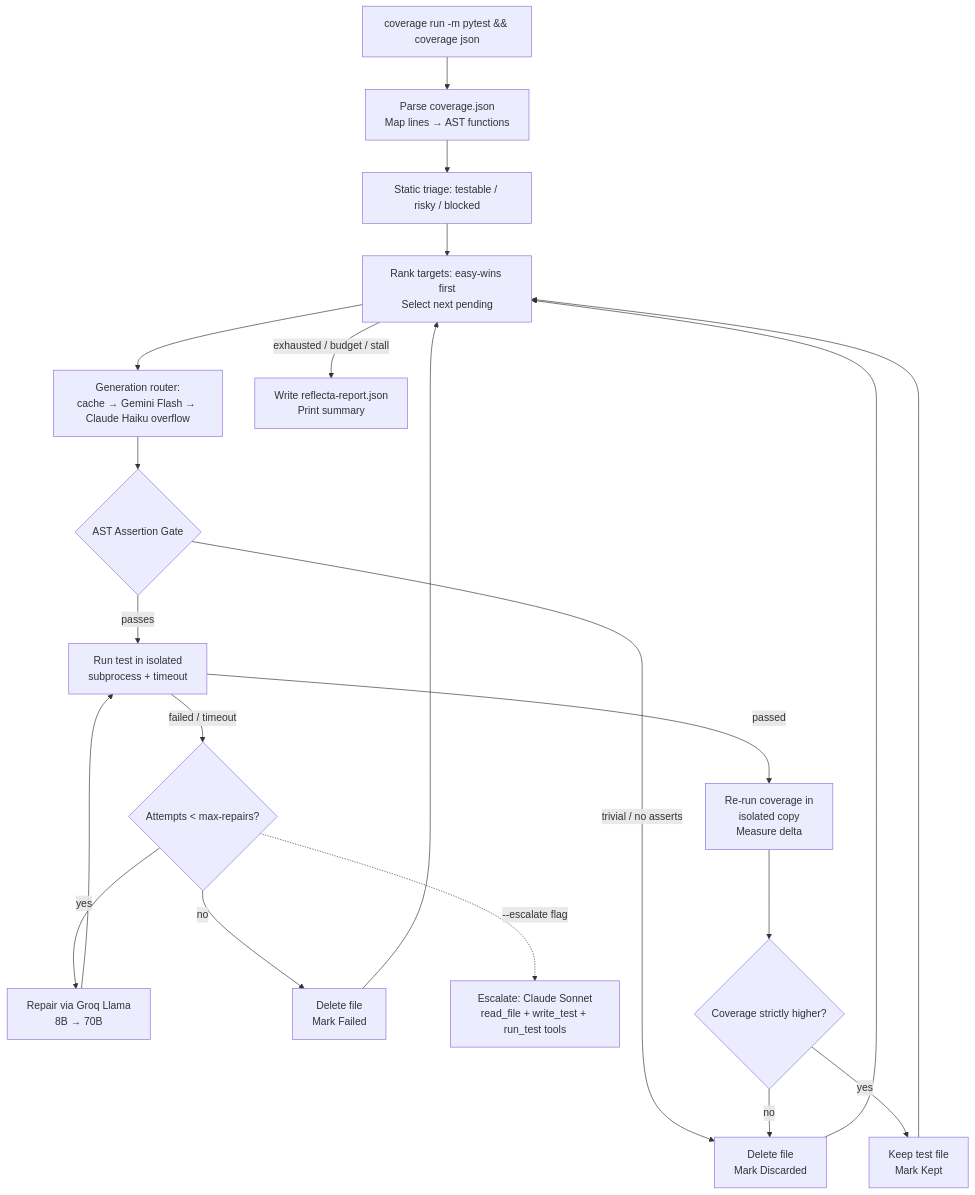
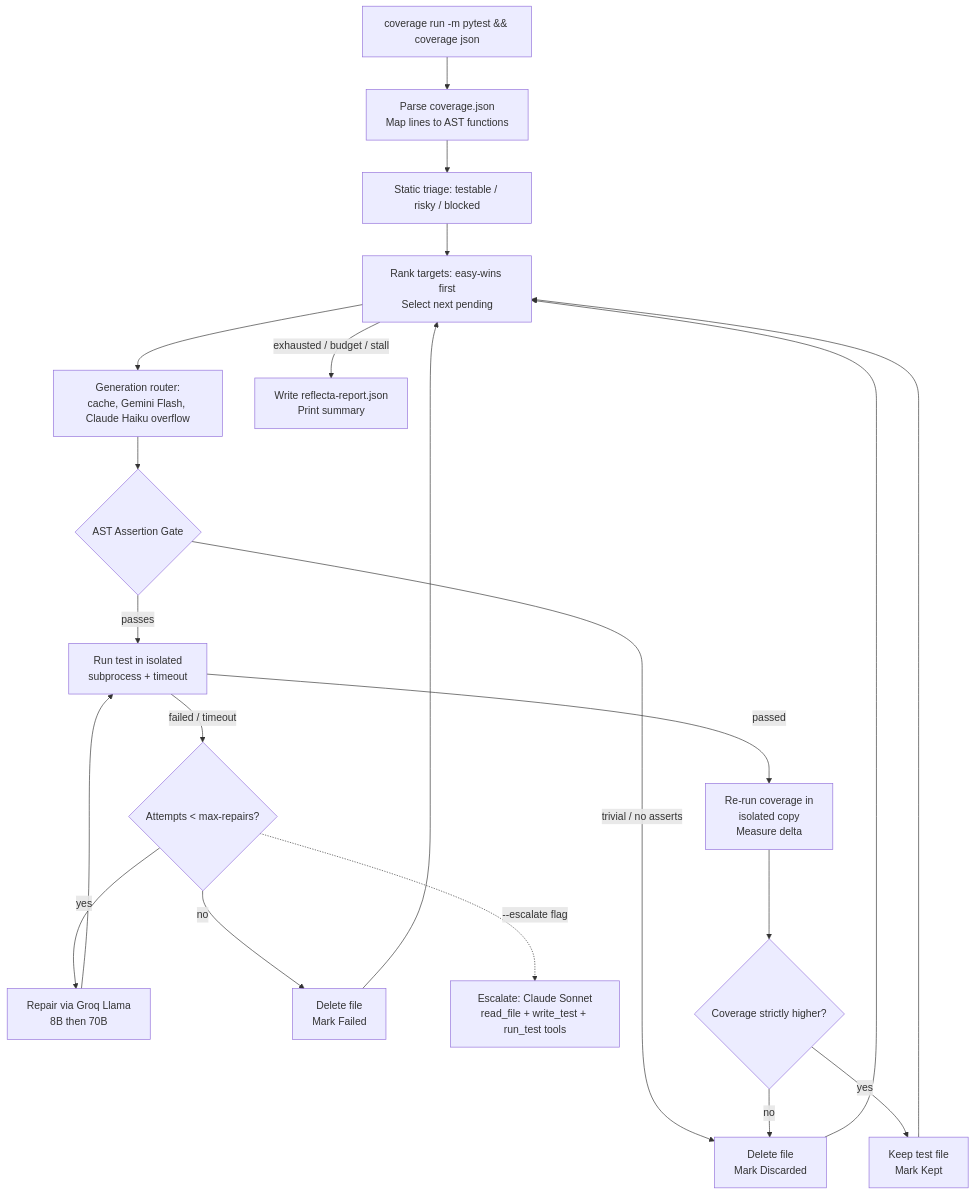
Before and after one commit to parthiv-2006/Reflecta-Ai-Agent: the diagram in README.md, drawn with Mermaid. The commit also changed other lines of this file, not shown here.

````diff
--- a/README.md
+++ b/README.md
@@ -72,22 +44,22 @@
 ```mermaid
 graph TD
-    A[coverage run -m pytest && coverage json] --> B[Parse coverage.json\nMap lines → AST functions]
+    A[coverage run -m pytest && coverage json] --> B[Parse coverage.json\nMap lines to AST functions]
     B --> C[Static triage: testable / risky / blocked]
     C --> D[Rank targets: easy-wins first\nSelect next pending]
-    D --> E[Generation router:\ncache → Gemini Flash → Claude Haiku overflow]
+    D --> E[Generation router:\ncache, Gemini Flash, Claude Haiku overflow]
     E --> F{AST Assertion Gate}
     F -- trivial / no asserts --> G[Delete file\nMark Discarded]
     F -- passes --> H[Run test in isolated\nsubprocess + timeout]
     H -- failed / timeout --> I{Attempts < max-repairs?}
-    I -- yes --> J[Repair via Groq Llama\n8B → 70B] --> H
+    I -- yes --> J[Repair via Groq Llama\n8B then 70B] --> H
     I -- no --> K[Delete file\nMark Failed]
     I -. --escalate flag .-> L[Escalate: Claude Sonnet\nread_file + write_test + run_test tools]
     H -- passed --> M[Re-run coverage in\nisolated copy\nMeasure delta]
     M --> N{Coverage strictly higher?}
     N -- yes --> O[Keep test file\nMark Kept]
     N -- no --> G
     O --> D
     G --> D
     K --> D
     D -- exhausted / budget / stall --> P[Write reflecta-report.json\nPrint summary]
 ```
````
